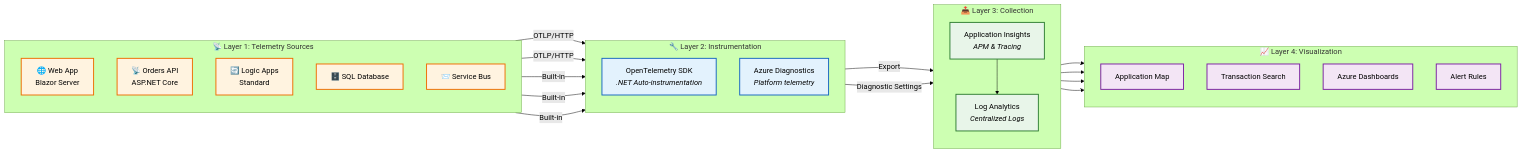
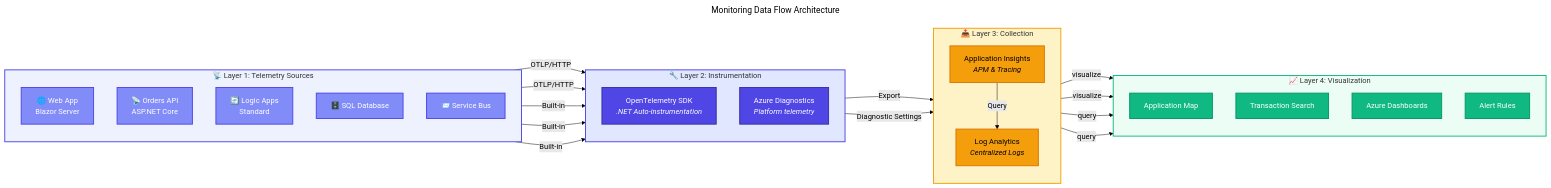
One commit to Evilazaro/Azure-LogicApps-Monitoring changed the fourth of 6 diagrams in docs/architecture/02-data-architecture.md. Above: the diagram before and after it, drawn with Mermaid (forest theme). The commit also changed other lines of this file, not shown here.

Commit message:
refactor: Enhance data architecture documentation with improved diagrams, connections, and class definitions

````diff
--- a/docs/architecture/02-data-architecture.md
+++ b/docs/architecture/02-data-architecture.md
@@ -216,51 +230,67 @@
 ```mermaid
+---
+title: Monitoring Data Flow Architecture
+---
 flowchart LR
+    %% ===== TELEMETRY SOURCES =====
     subgraph Sources["📡 Layer 1: Telemetry Sources"]
         direction TB
         WebApp["🌐 Web App<br/>Blazor Server"]
         API["📡 Orders API<br/>ASP.NET Core"]
         LA["🔄 Logic Apps<br/>Standard"]
         SQL["🗄️ SQL Database"]
         SB["📨 Service Bus"]
     end
 
+    %% ===== INSTRUMENTATION =====
     subgraph Instrumentation["🔧 Layer 2: Instrumentation"]
         direction TB
         OTEL["OpenTelemetry SDK<br/><i>.NET Auto-instrumentation</i>"]
         AzDiag["Azure Diagnostics<br/><i>Platform telemetry</i>"]
     end
 
+    %% ===== COLLECTION =====
     subgraph Collection["📥 Layer 3: Collection"]
         direction TB
         AI["Application Insights<br/><i>APM & Tracing</i>"]
         LAW["Log Analytics<br/><i>Centralized Logs</i>"]
     end
 
+    %% ===== VISUALIZATION =====
     subgraph Visualization["📈 Layer 4: Visualization"]
         direction TB
         AppMap["Application Map"]
         TxSearch["Transaction Search"]
         Dashboards["Azure Dashboards"]
         Alerts["Alert Rules"]
     end
 
+    %% ===== CONNECTIONS =====
     WebApp & API -->|"OTLP/HTTP"| OTEL
     LA & SQL & SB -->|"Built-in"| AzDiag
 
     OTEL -->|"Export"| AI
     AzDiag -->|"Diagnostic Settings"| LAW
-    AI --> LAW
+    AI -->|"Query"| LAW
 
-    AI --> AppMap & TxSearch
-    LAW --> Dashboards & Alerts
+    AI -->|"visualize"| AppMap & TxSearch
+    LAW -->|"query"| Dashboards & Alerts
 
-    classDef source fill:#fff3e0,stroke:#ef6c00,stroke-width:2px
-    classDef instrument fill:#e3f2fd,stroke:#1565c0,stroke-width:2px
-    classDef collect fill:#e8f5e9,stroke:#2e7d32,stroke-width:2px
-    classDef visual fill:#f3e5f5,stroke:#7b1fa2,stroke-width:2px
+    %% ===== CLASS DEFINITIONS =====
+    classDef trigger fill:#818CF8,stroke:#4F46E5,color:#FFFFFF,stroke-width:2px
+    classDef primary fill:#4F46E5,stroke:#3730A3,color:#FFFFFF,stroke-width:2px
+    classDef secondary fill:#10B981,stroke:#059669,color:#FFFFFF,stroke-width:2px
+    classDef datastore fill:#F59E0B,stroke:#D97706,color:#000000,stroke-width:2px
 
-    class WebApp,API,LA,SQL,SB source
-    class OTEL,AzDiag instrument
-    class AI,LAW collect
-    class AppMap,TxSearch,Dashboards,Alerts visual
+    %% ===== CLASS ASSIGNMENTS =====
+    class WebApp,API,LA,SQL,SB trigger
+    class OTEL,AzDiag primary
+    class AI,LAW datastore
+    class AppMap,TxSearch,Dashboards,Alerts secondary
+
+    %% ===== SUBGRAPH STYLES =====
+    style Sources fill:#EEF2FF,stroke:#4F46E5,stroke-width:2px
+    style Instrumentation fill:#E0E7FF,stroke:#4F46E5,stroke-width:2px
+    style Collection fill:#FEF3C7,stroke:#F59E0B,stroke-width:2px
+    style Visualization fill:#ECFDF5,stroke:#10B981,stroke-width:2px
 ```
````
